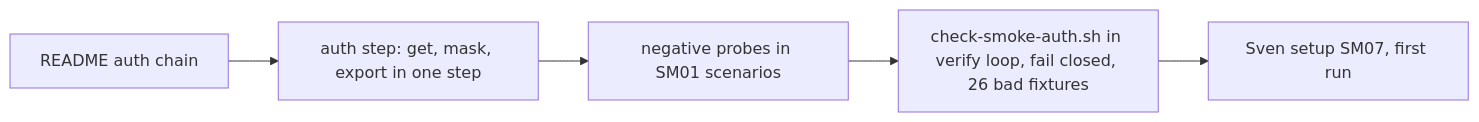
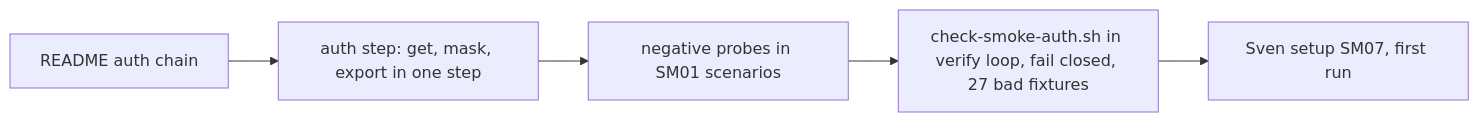
Before and after one commit to svennijhuis/agentic-workflows: the second of 2 diagrams in docs/pbi/smoke/SM04.md, drawn with Mermaid. The commit also changed other lines of this file and 4 other files, not shown here.

````diff
--- a/docs/pbi/smoke/SM04.md
+++ b/docs/pbi/smoke/SM04.md
@@ -132,7 +135,7 @@
 ```mermaid
 flowchart LR
   S1[README auth chain] --> S2[auth step: get, mask, export in one step]
   S2 --> S3[negative probes in SM01 scenarios]
-  S3 --> S4[check-smoke-auth.sh in verify loop, fail closed, 26 bad fixtures]
+  S3 --> S4[check-smoke-auth.sh in verify loop, fail closed, 27 bad fixtures]
   S4 --> S5[Sven setup SM07, first run]
 ```
````
